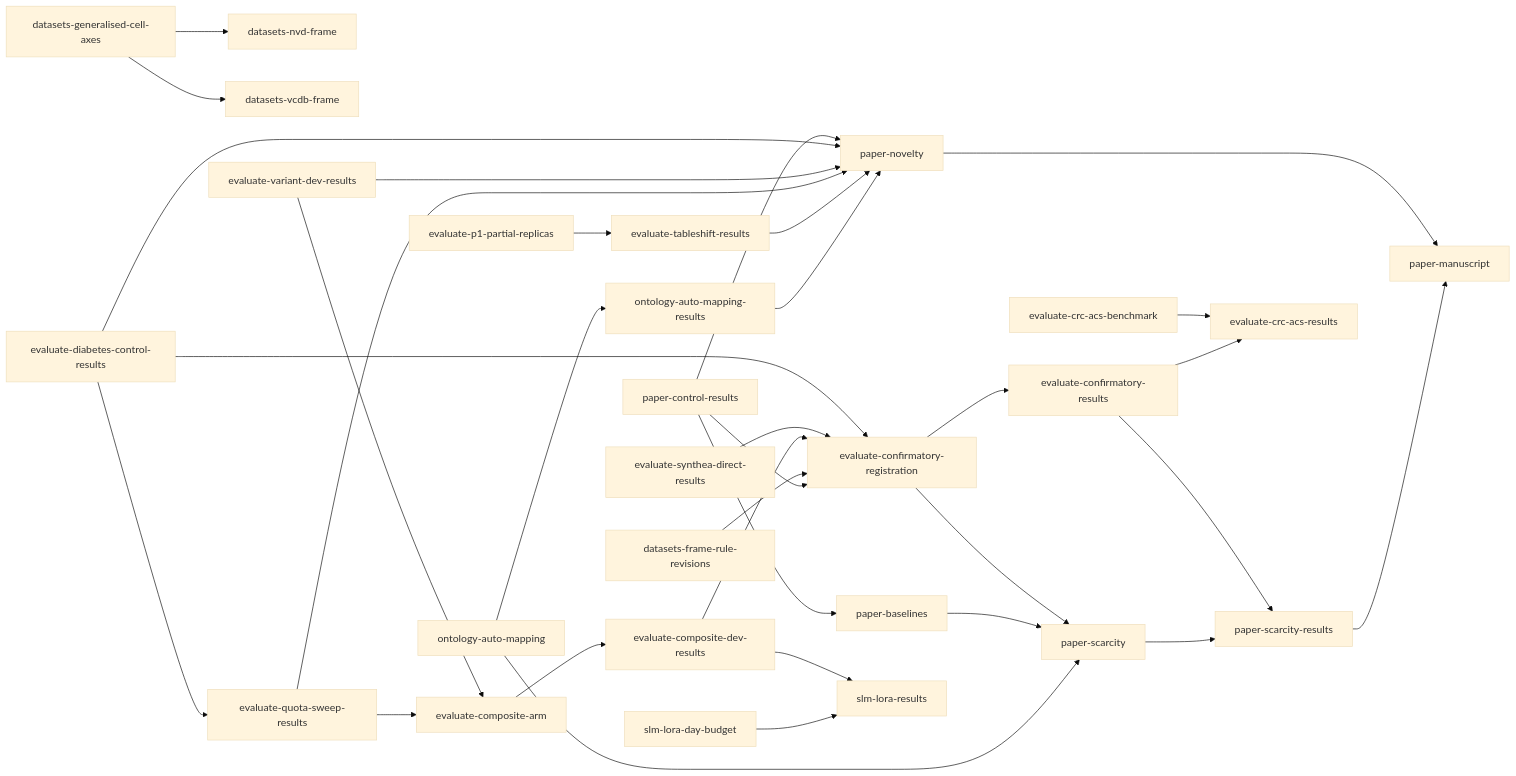
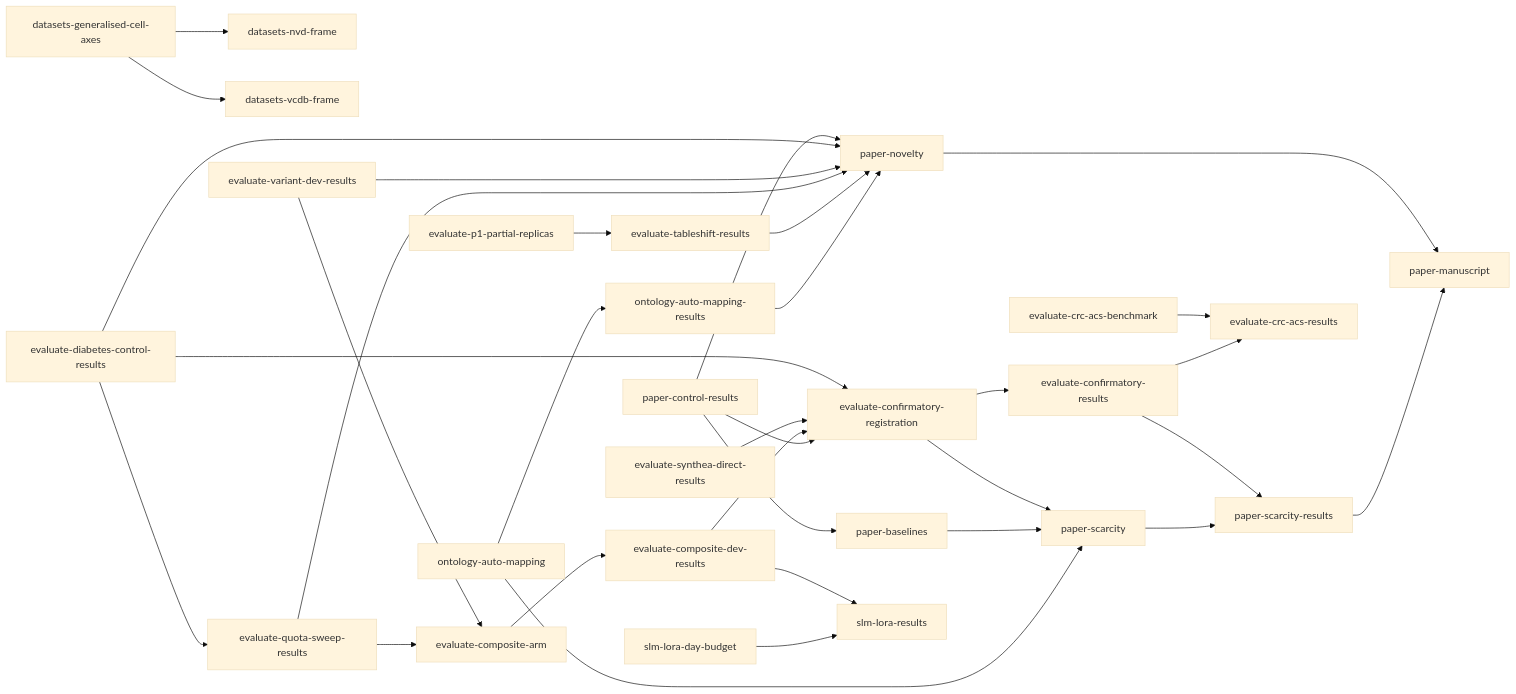
The diagram in tasks/direct-index.md (joe-dartmouth/synthetic), drawn with Mermaid (base theme) before and after one commit. The commit also changed other lines of this file and 26 other files, not shown here.

````diff
--- a/tasks/direct-index.md
+++ b/tasks/direct-index.md
@@ -114,35 +112,34 @@
 ```mermaid
 flowchart LR
     p2[paper-control-results] --> p3[paper-baselines]
     u30[evaluate-confirmatory-registration] --> p4[paper-scarcity]
     u31[evaluate-confirmatory-results] --> p5[paper-scarcity-results]
     p3[paper-baselines] --> p4[paper-scarcity]
     p4[paper-scarcity] --> p5[paper-scarcity-results]
     p0[paper-novelty] --> p6[paper-manuscript]
     p5[paper-scarcity-results] --> p6[paper-manuscript]
     u50[datasets-generalised-cell-axes] --> u52[datasets-nvd-frame]
     u50 --> u53[datasets-vcdb-frame]
     u19[evaluate-variant-dev-results] --> u28[evaluate-composite-arm]
     u21[evaluate-quota-sweep-results] --> u28
     u28 --> u29[evaluate-composite-dev-results]
     u7[evaluate-diabetes-control-results] --> u30[evaluate-confirmatory-registration]
     u8[evaluate-synthea-direct-results] --> u30
     u29 --> u30
-    u56[datasets-frame-rule-revisions] --> u30
     u30 --> u31[evaluate-confirmatory-results]
     u54[evaluate-p1-partial-replicas] --> u55[evaluate-tableshift-results]
     u41[evaluate-crc-acs-benchmark] --> u42[evaluate-crc-acs-results]
     u31 --> u42
     u32[ontology-auto-mapping] --> u33[ontology-auto-mapping-results]
     u29 --> u36[slm-lora-results]
     u51[slm-lora-day-budget] --> u36
     u7[evaluate-diabetes-control-results] --> u21[evaluate-quota-sweep-results]
     p2[paper-control-results] --> u30[evaluate-confirmatory-registration]
     p2[paper-control-results] --> p0[paper-novelty]
     u32[ontology-auto-mapping] --> p4[paper-scarcity]
     u7[evaluate-diabetes-control-results] --> p0[paper-novelty]
     u19[evaluate-variant-dev-results] --> p0[paper-novelty]
     u21[evaluate-quota-sweep-results] --> p0[paper-novelty]
     u55[evaluate-tableshift-results] --> p0[paper-novelty]
     u33[ontology-auto-mapping-results] --> p0[paper-novelty]
 ```
````
